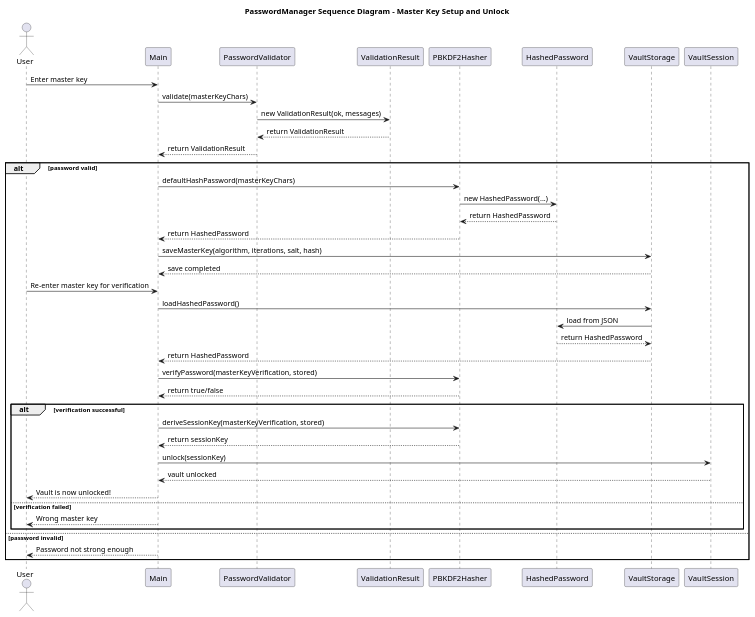
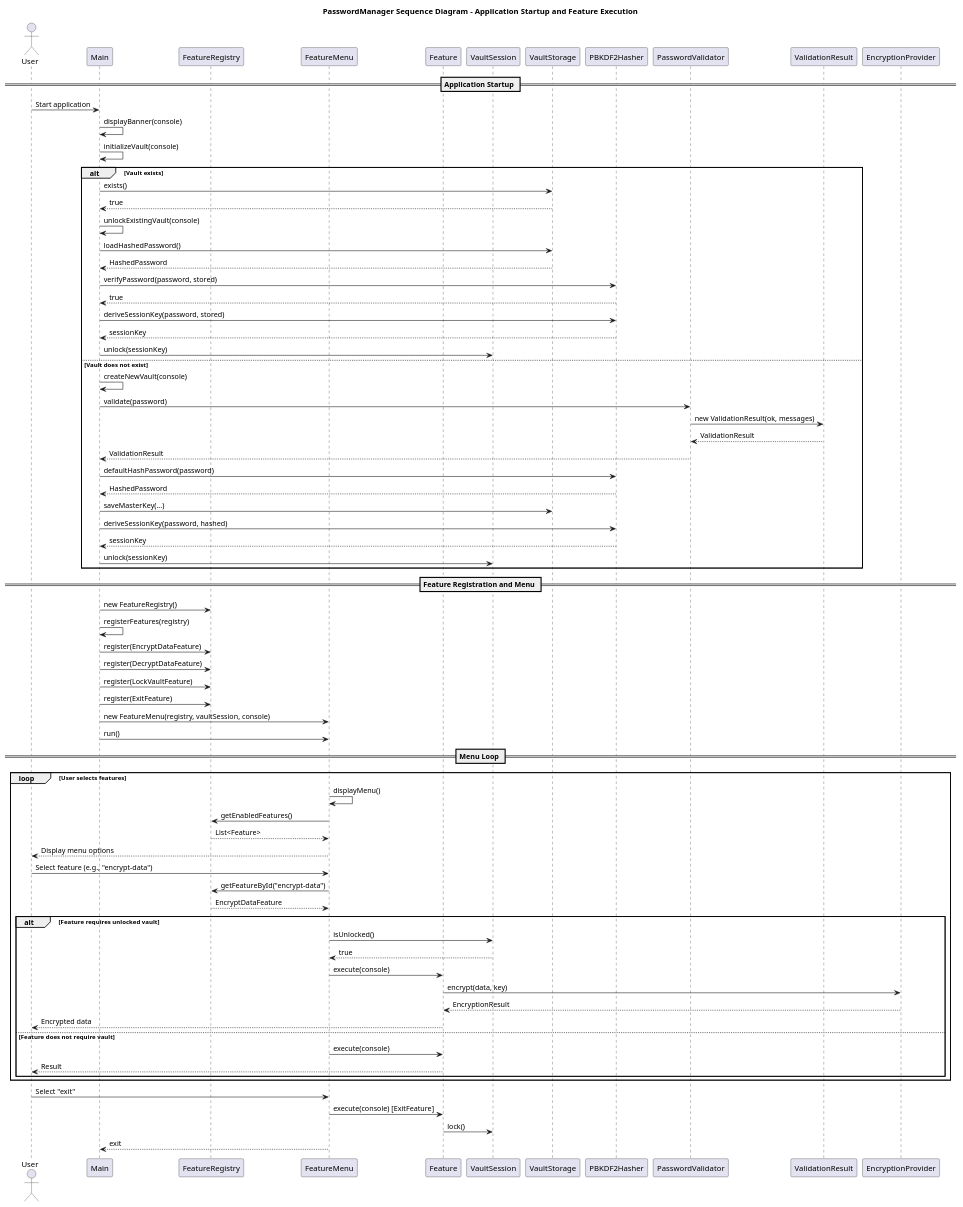
The diagram in documentation/UML diagrams/Sequence diagram.plantuml (Othmaneelmo/PasswordManager), drawn with PlantUML before and after one commit.

Commit message:
update sequence diagram

```diff
--- a/documentation/UML diagrams/Sequence diagram.plantuml
+++ b/documentation/UML diagrams/Sequence diagram.plantuml
@@ -1,51 +1,87 @@
 @startuml Sequence Diagram
 
-title PasswordManager Sequence Diagram - Master Key Setup and Unlock
+title PasswordManager Sequence Diagram - Application Startup and Feature Execution
 
 actor User
 participant Main
+participant FeatureRegistry
+participant FeatureMenu
+participant Feature
+participant VaultSession
+participant VaultStorage
+participant PBKDF2Hasher
 participant PasswordValidator
 participant ValidationResult
-participant PBKDF2Hasher
-participant HashedPassword
-participant VaultStorage
-participant VaultSession
+participant EncryptionProvider
 
-User -> Main: Enter master key
-Main -> PasswordValidator: validate(masterKeyChars)
-PasswordValidator -> ValidationResult: new ValidationResult(ok, messages)
-ValidationResult --> PasswordValidator: return ValidationResult
-PasswordValidator --> Main: return ValidationResult
+== Application Startup ==
+User -> Main: Start application
+Main -> Main: displayBanner(console)
+Main -> Main: initializeVault(console)
 
-alt password valid
-    Main -> PBKDF2Hasher: defaultHashPassword(masterKeyChars)
-    PBKDF2Hasher -> HashedPassword: new HashedPassword(...)
-    HashedPassword --> PBKDF2Hasher: return HashedPassword
-    PBKDF2Hasher --> Main: return HashedPassword
-
-    Main -> VaultStorage: saveMasterKey(algorithm, iterations, salt, hash)
-    VaultStorage --> Main: save completed
-
-    User -> Main: Re-enter master key for verification
+alt Vault exists
+    Main -> VaultStorage: exists()
+    VaultStorage --> Main: true
+    Main -> Main: unlockExistingVault(console)
     Main -> VaultStorage: loadHashedPassword()
-    VaultStorage -> HashedPassword: load from JSON
-    HashedPassword --> VaultStorage: return HashedPassword
-    VaultStorage --> Main: return HashedPassword
-
-    Main -> PBKDF2Hasher: verifyPassword(masterKeyVerification, stored)
-    PBKDF2Hasher --> Main: return true/false
-
-    alt verification successful
-        Main -> PBKDF2Hasher: deriveSessionKey(masterKeyVerification, stored)
-        PBKDF2Hasher --> Main: return sessionKey
-        Main -> VaultSession: unlock(sessionKey)
-        VaultSession --> Main: vault unlocked
-        Main --> User: Vault is now unlocked!
-    else verification failed
-        Main --> User: Wrong master key
-    end
-else password invalid
-    Main --> User: Password not strong enough
+    VaultStorage --> Main: HashedPassword
+    Main -> PBKDF2Hasher: verifyPassword(password, stored)
+    PBKDF2Hasher --> Main: true
+    Main -> PBKDF2Hasher: deriveSessionKey(password, stored)
+    PBKDF2Hasher --> Main: sessionKey
+    Main -> VaultSession: unlock(sessionKey)
+else Vault does not exist
+    Main -> Main: createNewVault(console)
+    Main -> PasswordValidator: validate(password)
+    PasswordValidator -> ValidationResult: new ValidationResult(ok, messages)
+    ValidationResult --> PasswordValidator: ValidationResult
+    PasswordValidator --> Main: ValidationResult
+    Main -> PBKDF2Hasher: defaultHashPassword(password)
+    PBKDF2Hasher --> Main: HashedPassword
+    Main -> VaultStorage: saveMasterKey(...)
+    Main -> PBKDF2Hasher: deriveSessionKey(password, hashed)
+    PBKDF2Hasher --> Main: sessionKey
+    Main -> VaultSession: unlock(sessionKey)
 end
 
+== Feature Registration and Menu ==
+Main -> FeatureRegistry: new FeatureRegistry()
+Main -> Main: registerFeatures(registry)
+Main -> FeatureRegistry: register(EncryptDataFeature)
+Main -> FeatureRegistry: register(DecryptDataFeature)
+Main -> FeatureRegistry: register(LockVaultFeature)
+Main -> FeatureRegistry: register(ExitFeature)
+
+Main -> FeatureMenu: new FeatureMenu(registry, vaultSession, console)
+Main -> FeatureMenu: run()
+
+== Menu Loop ==
+loop User selects features
+    FeatureMenu -> FeatureMenu: displayMenu()
+    FeatureMenu -> FeatureRegistry: getEnabledFeatures()
+    FeatureRegistry --> FeatureMenu: List<Feature>
+    FeatureMenu --> User: Display menu options
+
+    User -> FeatureMenu: Select feature (e.g., "encrypt-data")
+    FeatureMenu -> FeatureRegistry: getFeatureById("encrypt-data")
+    FeatureRegistry --> FeatureMenu: EncryptDataFeature
+
+    alt Feature requires unlocked vault
+        FeatureMenu -> VaultSession: isUnlocked()
+        VaultSession --> FeatureMenu: true
+        FeatureMenu -> Feature: execute(console)
+        Feature -> EncryptionProvider: encrypt(data, key)
+        EncryptionProvider --> Feature: EncryptionResult
+        Feature --> User: Encrypted data
+    else Feature does not require vault
+        FeatureMenu -> Feature: execute(console)
+        Feature --> User: Result
+    end
+end
+
+User -> FeatureMenu: Select "exit"
+FeatureMenu -> Feature: execute(console) [ExitFeature]
+Feature -> VaultSession: lock()
+FeatureMenu --> Main: exit
+
 @enduml
```
